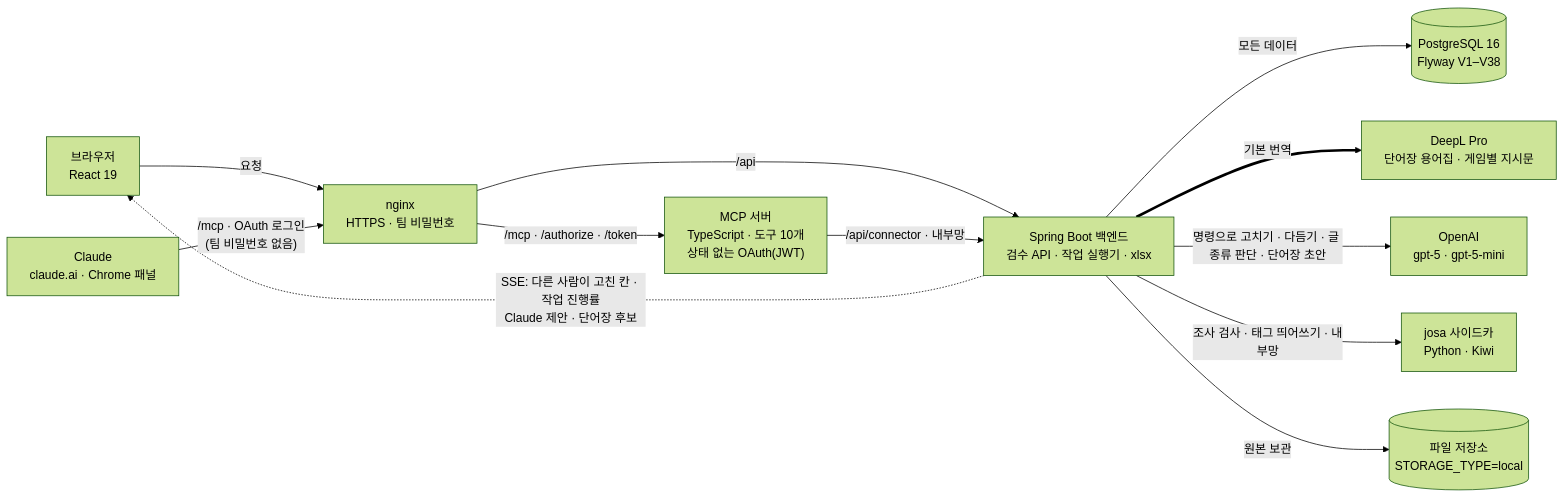
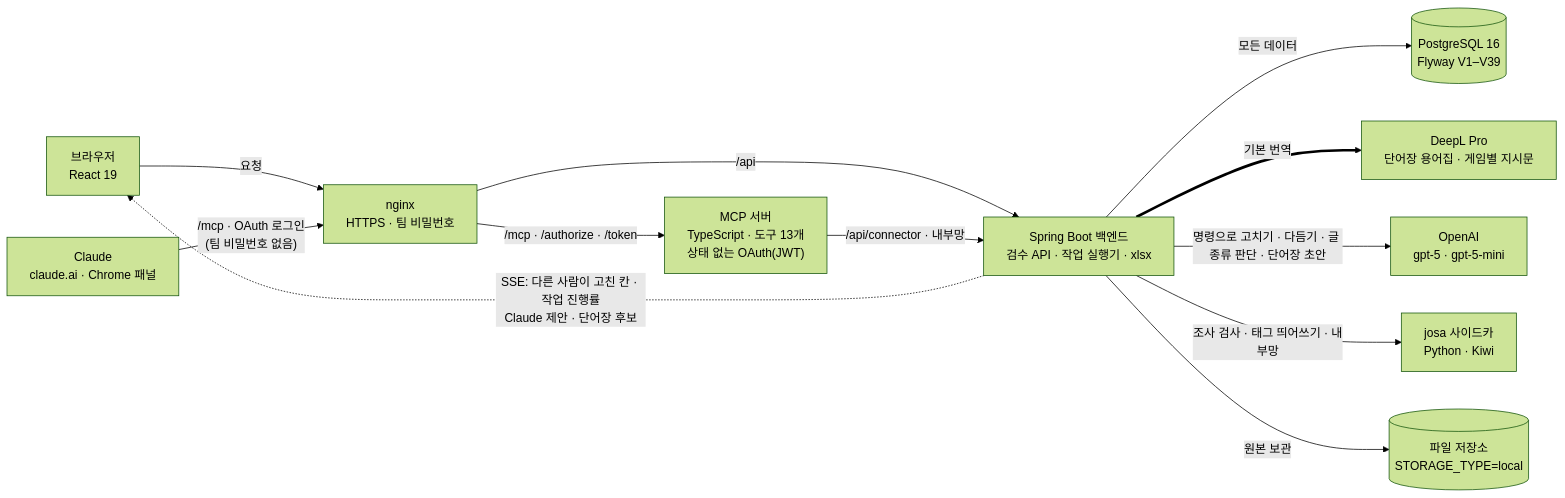
One commit to Hong9915/game_translation changed the third of 4 diagrams in README.md. Above: the diagram before and after it, drawn with Mermaid (forest theme). The commit also changed other lines of this file and 48 other files, not shown here.

````diff
--- a/README.md
+++ b/README.md
@@ -80,14 +119,14 @@
 ```mermaid
 flowchart LR
   U[브라우저<br/>React 19] -->|요청| N["nginx<br/>HTTPS · 팀 비밀번호"]
   CL["Claude<br/>claude.ai · Chrome 패널"] -->|"/mcp · OAuth 로그인<br/>(팀 비밀번호 없음)"| N
   N -->|/api| B["Spring Boot 백엔드<br/>검수 API · 작업 실행기 · xlsx"]
-  N -->|/mcp · /authorize · /token| M["MCP 서버<br/>TypeScript · 도구 10개<br/>상태 없는 OAuth(JWT)"]
+  N -->|/mcp · /authorize · /token| M["MCP 서버<br/>TypeScript · 도구 13개<br/>상태 없는 OAuth(JWT)"]
   M -->|/api/connector · 내부망| B
-  B -->|모든 데이터| P[("PostgreSQL 16<br/>Flyway V1–V38")]
+  B -->|모든 데이터| P[("PostgreSQL 16<br/>Flyway V1–V39")]
   B ==>|기본 번역| D["DeepL Pro<br/>단어장 용어집 · 게임별 지시문"]
   B -->|명령으로 고치기 · 다듬기 · 글 종류 판단 · 단어장 초안| O[OpenAI<br/>gpt-5 · gpt-5-mini]
   B -->|조사 검사 · 태그 띄어쓰기 · 내부망| J["josa 사이드카<br/>Python · Kiwi"]
   B -->|원본 보관| S[("파일 저장소<br/>STORAGE_TYPE=local")]
   B -.->|SSE: 다른 사람이 고친 칸 · 작업 진행률<br/>Claude 제안 · 단어장 후보| U
 ```
````
